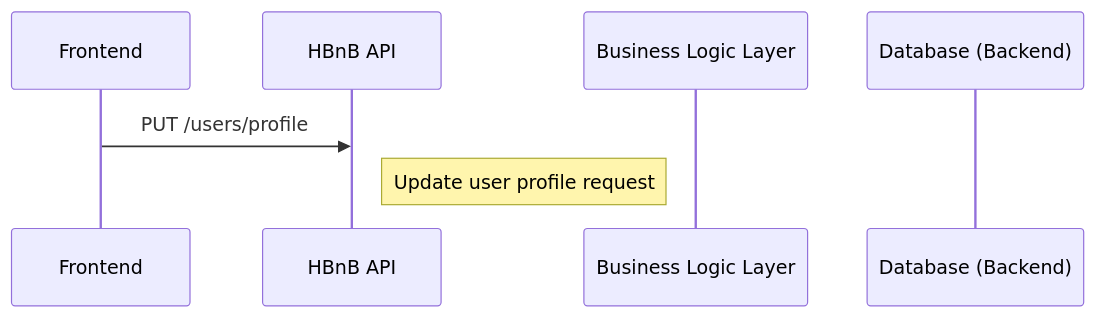
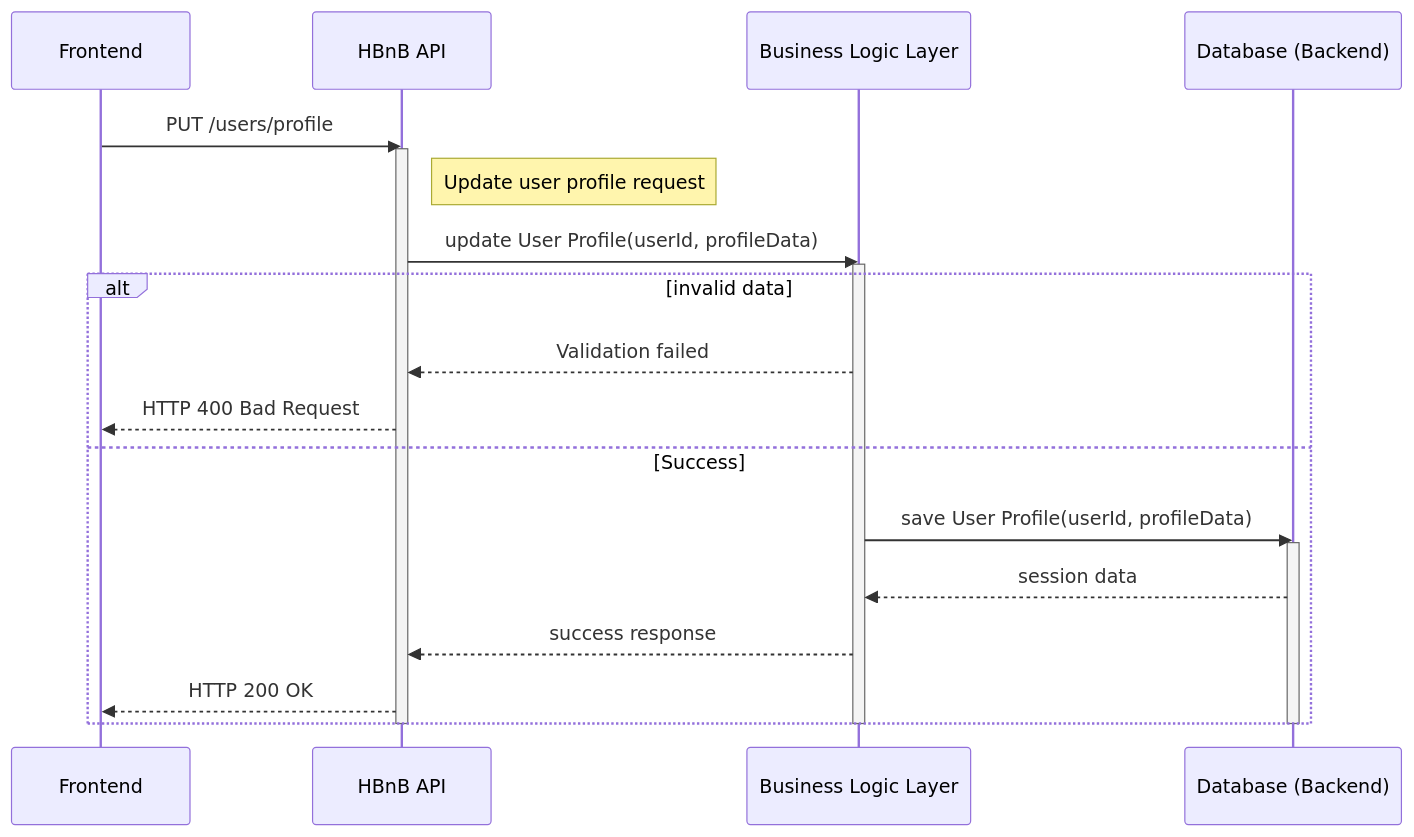
The fourth of 4 diagrams in part1/task_3.md (LEROY-Yanis/holbertonschool-hbnb), drawn with Mermaid before and after one commit.

````diff
--- a/part1/task_3.md
+++ b/part1/task_3.md
@@ -120,12 +120,29 @@
 ```mermaid
 sequenceDiagram
     participant User as Frontend
     participant API as HBnB API
     participant Logic as Business Logic Layer
     participant Storage as Database (Backend)
 
     User->>API: PUT /users/profile
     activate API
     Note right of API: Update user profile request
 
+    API->>Logic: update User Profile(userId, profileData)
+    activate Logic
+
+    alt invalid data
+        Logic-->>API: Validation failed
+        API-->>User: HTTP 400 Bad Request
+    else Success
+        Logic->>Storage: save User Profile(userId, profileData)
+        activate Storage
+        Storage-->>Logic: session data
+        Logic-->>API: success response
+        API-->>User: HTTP 200 OK
+    end
+
+    deactivate API
+    deactivate Logic
+    deactivate Storage
 ```
````
